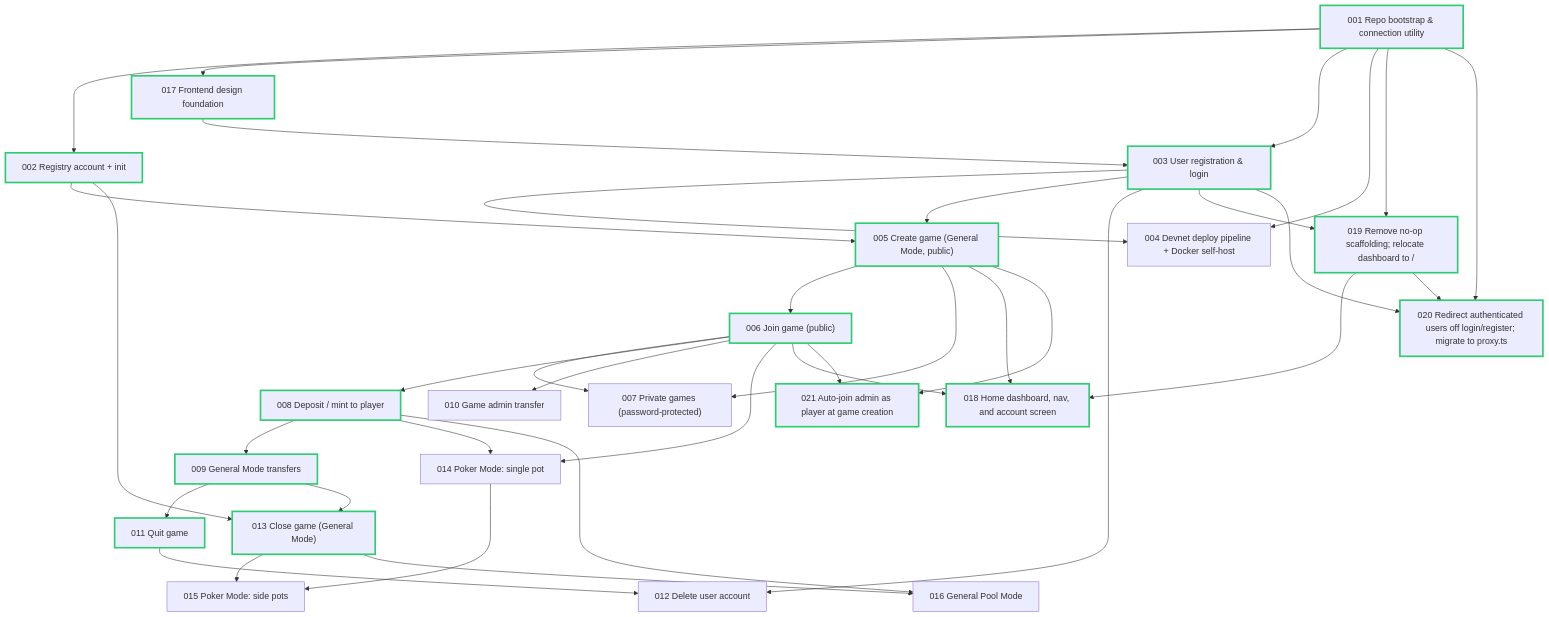
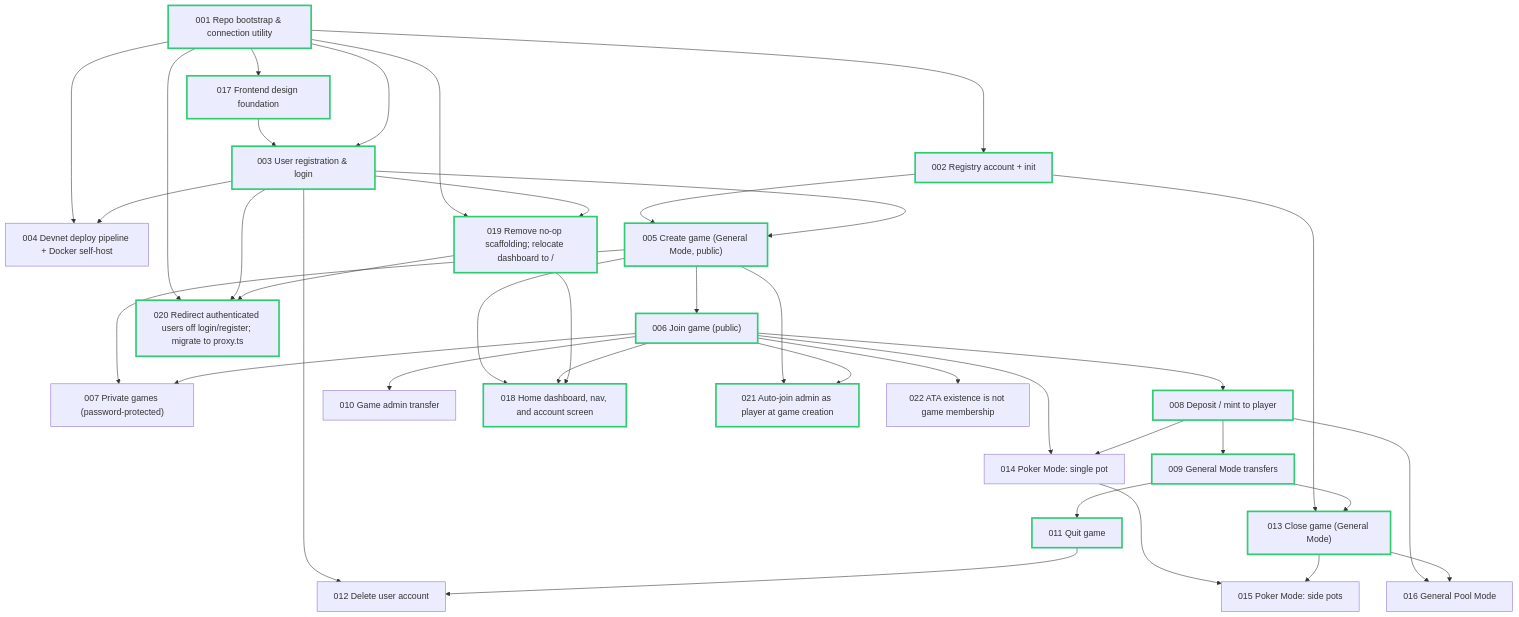
One commit to jianhong1998/game-token-wallet-v2 changed the diagram in docs/tickets/000-index.md. Above: the diagram before and after it, drawn with Mermaid. The commit also changed other lines of this file and 1 other file, not shown here.

Commit message:
docs(022): log ATA-is-not-membership follow-up

````diff
--- a/docs/tickets/000-index.md
+++ b/docs/tickets/000-index.md
@@ -40,65 +41,67 @@
 ```mermaid
 graph TD
     001["001 Repo bootstrap & connection utility"]
     002["002 Registry account + init"]
     017["017 Frontend design foundation"]
     003["003 User registration & login"]
     004["004 Devnet deploy pipeline + Docker self-host"]
     005["005 Create game (General Mode, public)"]
     006["006 Join game (public)"]
     007["007 Private games (password-protected)"]
     008["008 Deposit / mint to player"]
     009["009 General Mode transfers"]
     010["010 Game admin transfer"]
     011["011 Quit game"]
     012["012 Delete user account"]
     013["013 Close game (General Mode)"]
     014["014 Poker Mode: single pot"]
     015["015 Poker Mode: side pots"]
     016["016 General Pool Mode"]
     018["018 Home dashboard, nav, and account screen"]
     019["019 Remove no-op scaffolding; relocate dashboard to /"]
     020["020 Redirect authenticated users off login/register; migrate to proxy.ts"]
     021["021 Auto-join admin as player at game creation"]
+    022["022 ATA existence is not game membership"]
 
     001 --> 002
     001 --> 017
     017 --> 003
     001 --> 003
     001 --> 004
     003 --> 004
     002 --> 005
     003 --> 005
     005 --> 006
     005 --> 007
     006 --> 007
     006 --> 008
     008 --> 009
     006 --> 010
     009 --> 011
     003 --> 012
     011 --> 012
     002 --> 013
     009 --> 013
     006 --> 014
     008 --> 014
     014 --> 015
     013 --> 015
     008 --> 016
     013 --> 016
     005 --> 018
     006 --> 018
     001 --> 019
     003 --> 019
     019 --> 018
     001 --> 020
     003 --> 020
     019 --> 020
     005 --> 021
     006 --> 021
+    006 --> 022
 
     classDef done stroke:#2ecc71,stroke-width:3px;
     classDef inProgress stroke:#f1c40f,stroke-width:3px;
 
     class 001,002,003,005,006,008,009,011,013,017,018,019,020,021 done;
 ```
````
